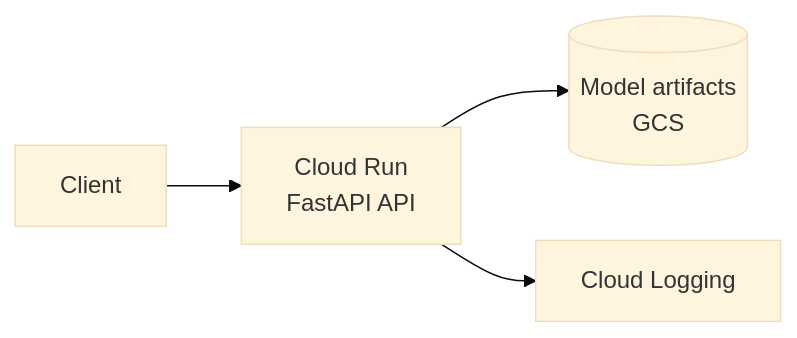
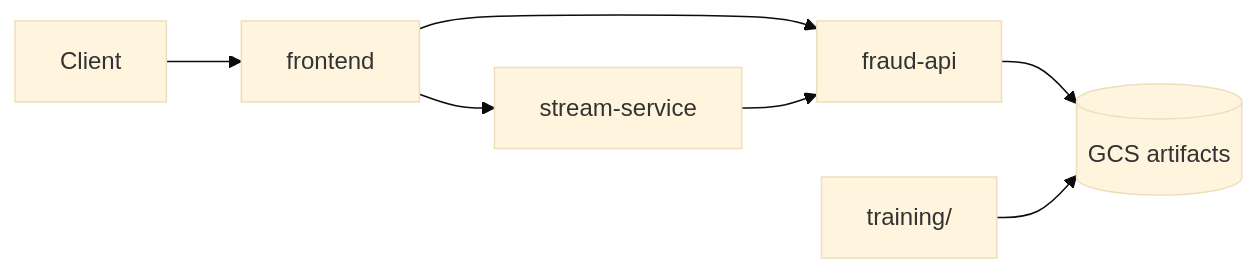
The diagram in README.md (prasannahere/fraud-detection-ml-system), drawn with Mermaid (base theme) before and after one commit. The commit also changed other lines of this file and 86 other files, not shown here.

````diff
--- a/README.md
+++ b/README.md
@@ -186,6 +97,9 @@
 ```mermaid
 flowchart LR
-    Client[Client] --> CR[Cloud Run\nFastAPI API]
-    CR --> GCS[(Model artifacts\nGCS)]
-    CR --> Logs[Cloud Logging]
+    Client[Client] --> FE[frontend]
+    FE --> API[fraud-api]
+    FE --> Stream[stream-service]
+    Stream --> API
+    API --> GCS[(GCS artifacts)]
+    Train[training/] --> GCS
 ```
````
